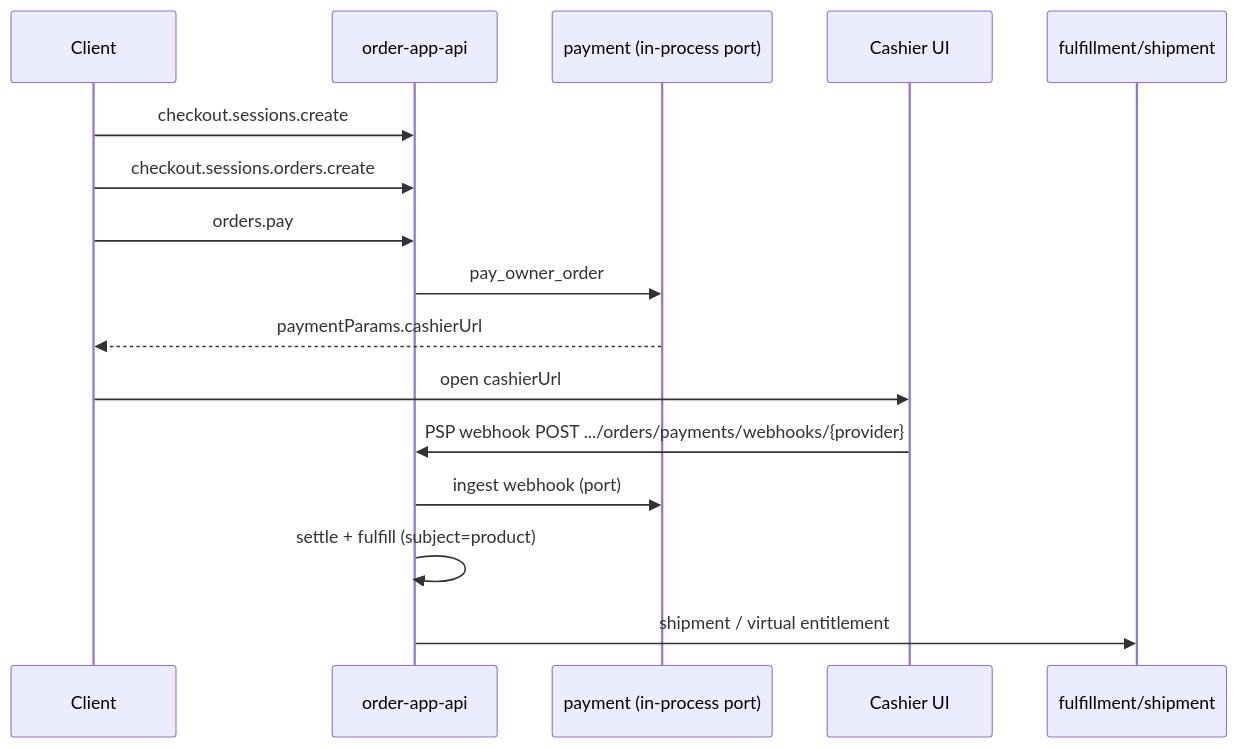
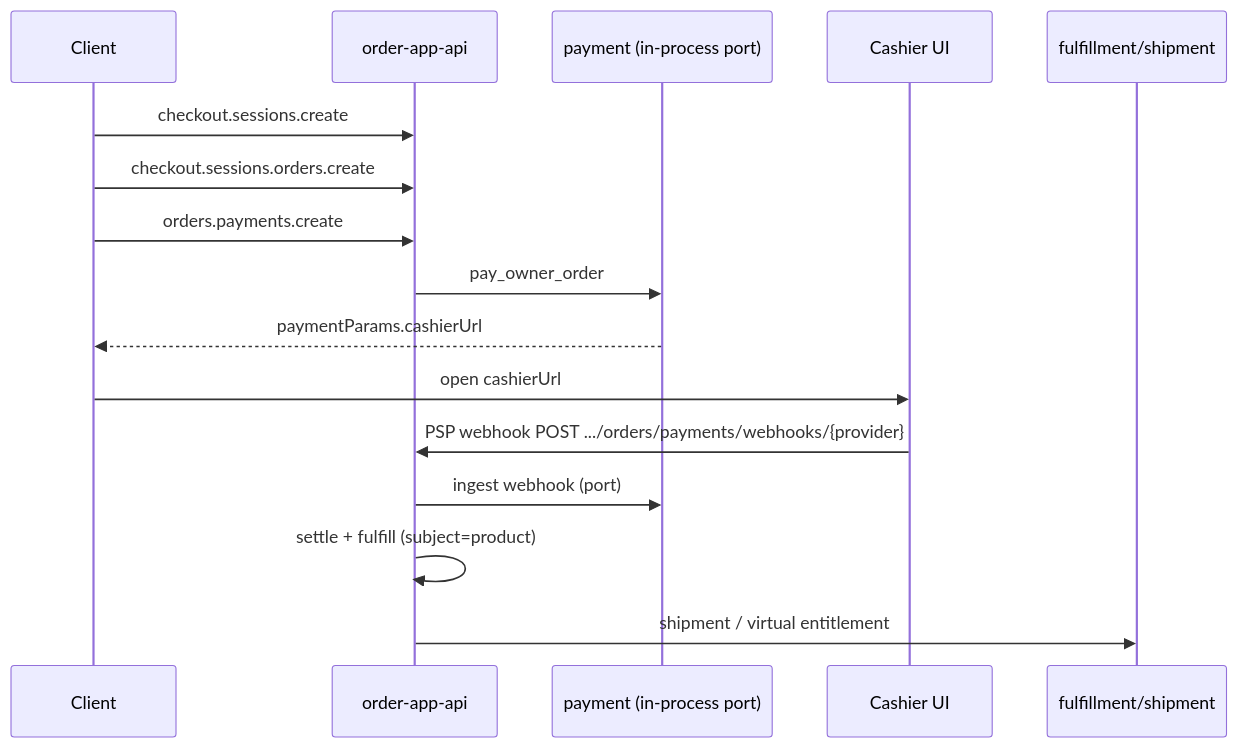
Before and after one commit to Sdkwork-Cloud/sdkwork-order: the first of 4 diagrams in docs/architecture/commerce/COMMERCE_CHECKOUT_ARCHITECTURE.md, drawn with Mermaid. The commit also changed other lines of this file and 146 other files, not shown here.

````diff
--- a/docs/architecture/commerce/COMMERCE_CHECKOUT_ARCHITECTURE.md
+++ b/docs/architecture/commerce/COMMERCE_CHECKOUT_ARCHITECTURE.md
@@ -21,19 +21,19 @@
 ```mermaid
 sequenceDiagram
     participant Client
     participant Order as order-app-api
     participant Payment as payment (in-process port)
     participant Cashier as Cashier UI
     participant Fulfill as fulfillment/shipment
 
     Client->>Order: checkout.sessions.create
     Client->>Order: checkout.sessions.orders.create
-    Client->>Order: orders.pay
+    Client->>Order: orders.payments.create
     Order->>Payment: pay_owner_order
     Payment-->>Client: paymentParams.cashierUrl
     Client->>Cashier: open cashierUrl
     Cashier->>Order: PSP webhook POST .../orders/payments/webhooks/{provider}
     Order->>Payment: ingest webhook (port)
     Order->>Order: settle + fulfill (subject=product)
     Order->>Fulfill: shipment / virtual entitlement
 ```
````
